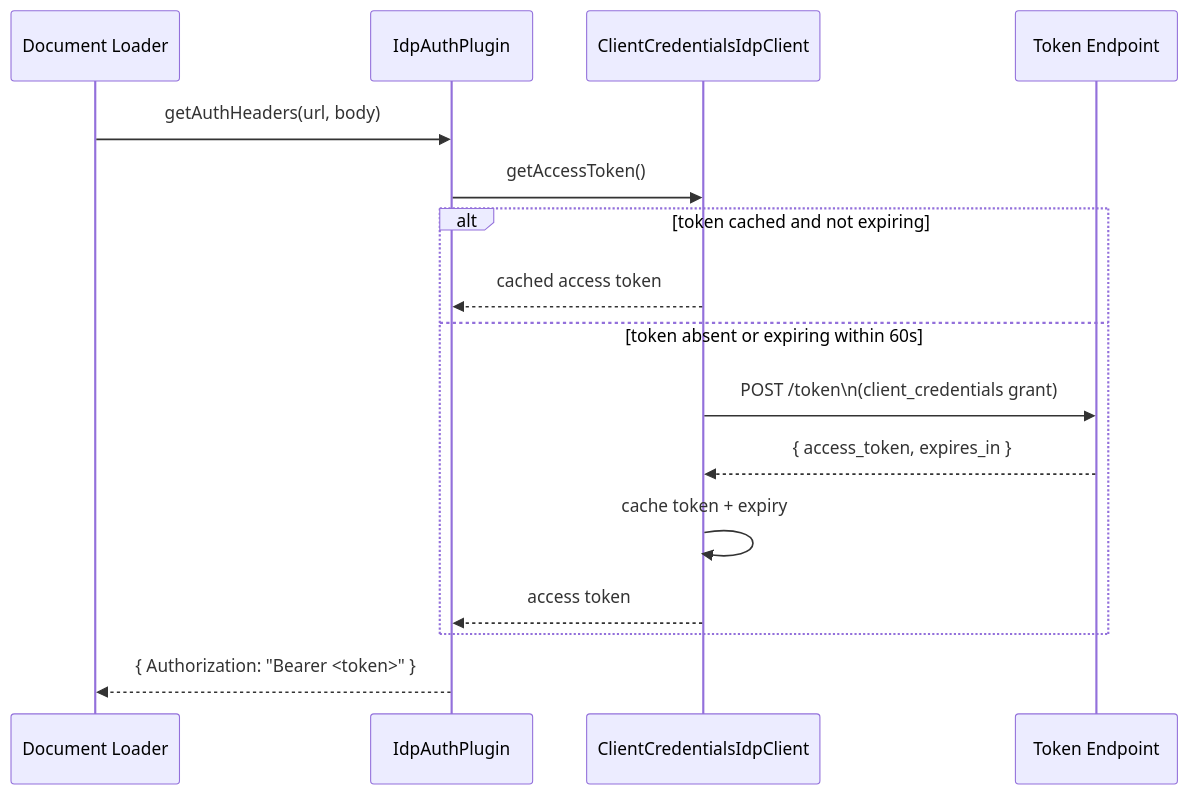
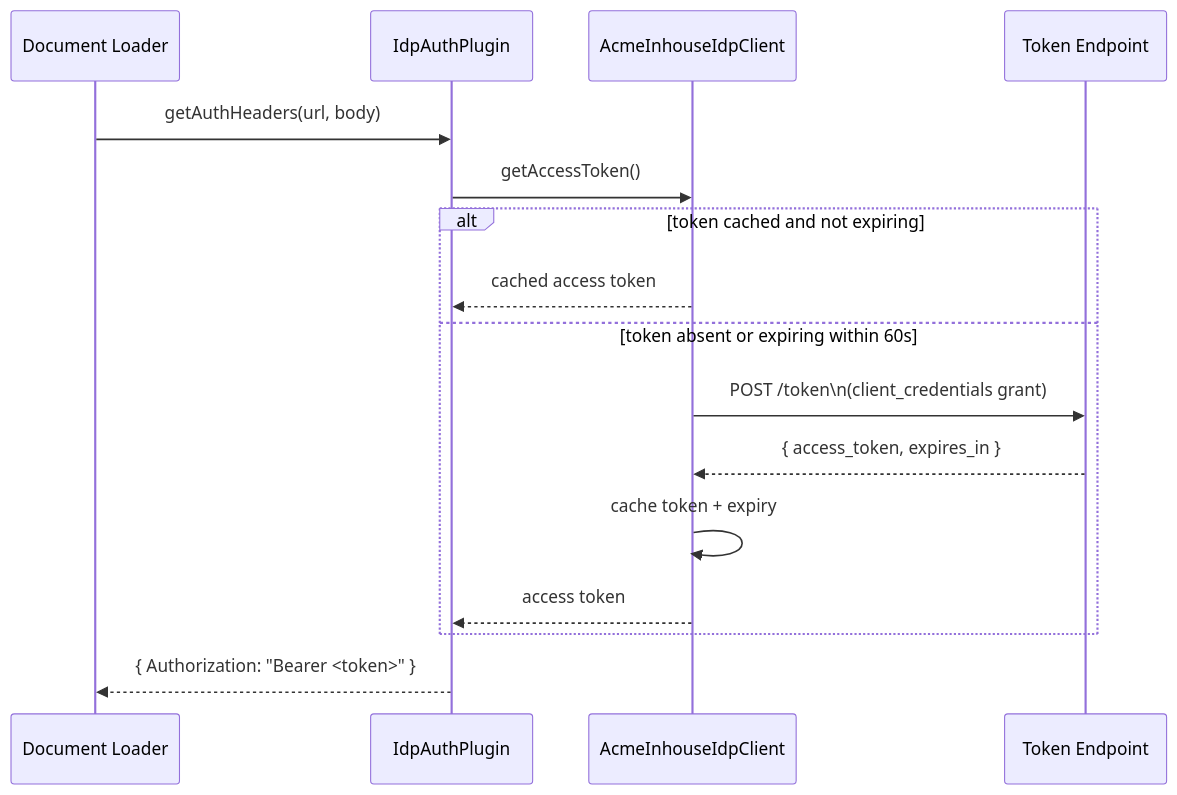
One commit to jimthompson5802/calm-web-repo changed the fourth of 10 diagrams in docs/general-idp-authplugin-design.md. Above: the diagram before and after it, drawn with Mermaid. The commit also changed other lines of this file, not shown here.

Commit message:
feat: remove unused IdpClient classes and update sequence diagrams for clarity

````diff
--- a/docs/general-idp-authplugin-design.md
+++ b/docs/general-idp-authplugin-design.md
@@ -187,19 +159,19 @@
 ```mermaid
 sequenceDiagram
     participant Loader as Document Loader
     participant IAP as IdpAuthPlugin
-    participant CC as ClientCredentialsIdpClient
+    participant CC as AcmeInhouseIdpClient
     participant IDP as Token Endpoint
 
     Loader->>IAP: getAuthHeaders(url, body)
     IAP->>CC: getAccessToken()
     alt token cached and not expiring
         CC-->>IAP: cached access token
     else token absent or expiring within 60s
         CC->>IDP: POST /token\n(client_credentials grant)
         IDP-->>CC: { access_token, expires_in }
         CC->>CC: cache token + expiry
         CC-->>IAP: access token
     end
     IAP-->>Loader: { Authorization: "Bearer <token>" }
 ```
````
